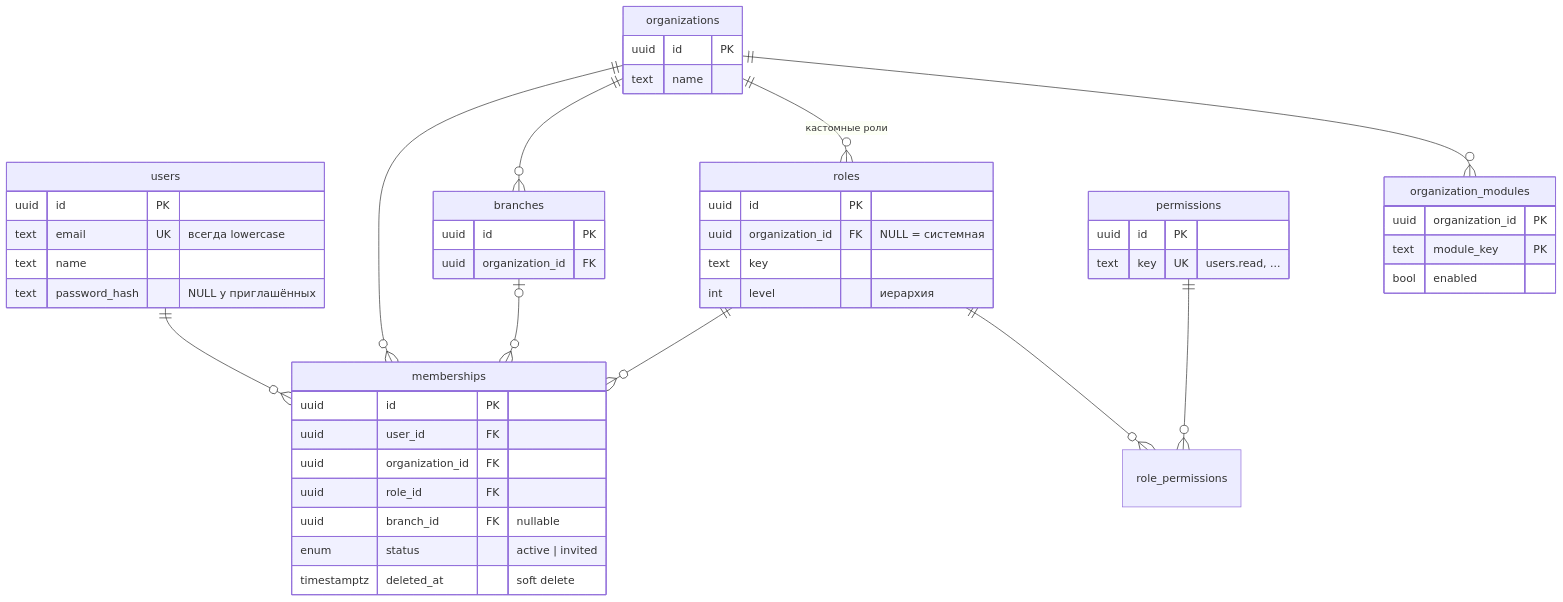
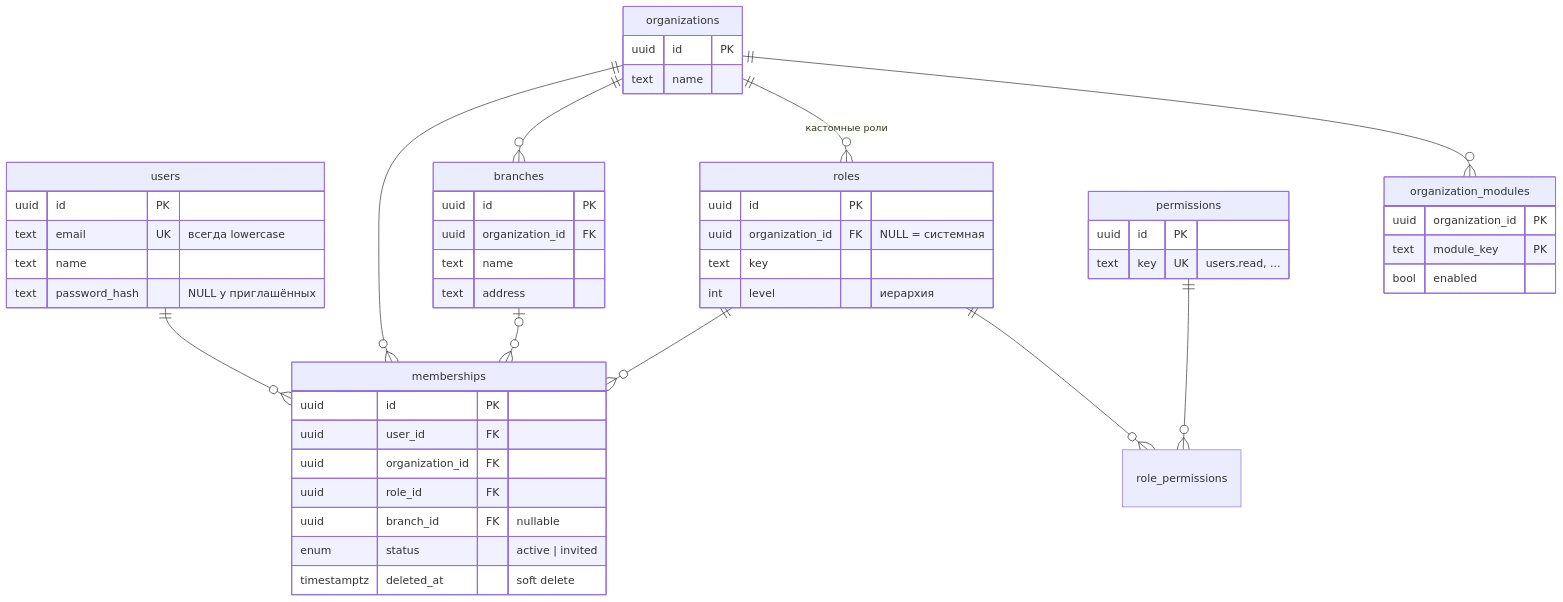
The diagram in README.md (AI-m-noncoder/testtask), drawn with Mermaid before and after one commit. The commit also changed other lines of this file and 10 other files, not shown here.

````diff
--- a/README.md
+++ b/README.md
@@ -54,37 +54,39 @@
 ```mermaid
 erDiagram
     users ||--o{ memberships : ""
     organizations ||--o{ memberships : ""
     organizations ||--o{ branches : ""
     organizations ||--o{ roles : "кастомные роли"
     organizations ||--o{ organization_modules : ""
     roles ||--o{ memberships : ""
     roles ||--o{ role_permissions : ""
     permissions ||--o{ role_permissions : ""
     branches |o--o{ memberships : ""
 
     users { uuid id PK
             text email UK "всегда lowercase"
             text name
             text password_hash "NULL у приглашённых" }
     organizations { uuid id PK
                     text name }
     branches { uuid id PK
-               uuid organization_id FK }
+               uuid organization_id FK
+               text name
+               text address }
     roles { uuid id PK
             uuid organization_id FK "NULL = системная"
             text key
             int level "иерархия" }
     permissions { uuid id PK
                   text key UK "users.read, ..." }
     memberships { uuid id PK
                   uuid user_id FK
                   uuid organization_id FK
                   uuid role_id FK
                   uuid branch_id FK "nullable"
                   enum status "active | invited"
                   timestamptz deleted_at "soft delete" }
     organization_modules { uuid organization_id PK
                            text module_key PK
                            bool enabled }
 ```
````
